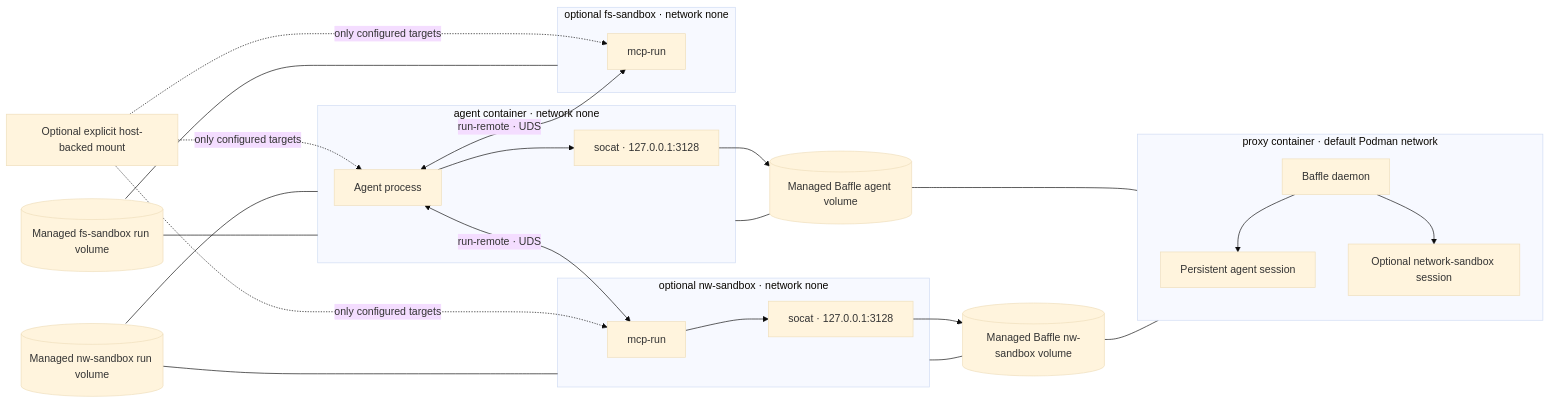
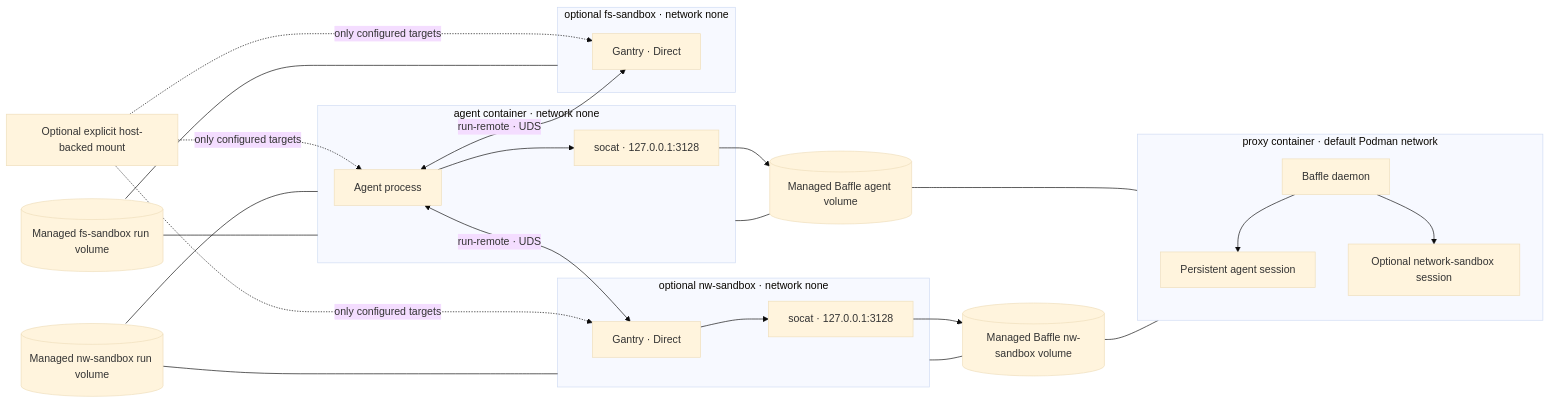
The diagram in docs/features/current-runtime-summary.md (dstoc/cladding), drawn with Mermaid (base theme) before and after one commit. The commit also changed other lines of this file and 38 other files, not shown here.

````diff
--- a/docs/features/current-runtime-summary.md
+++ b/docs/features/current-runtime-summary.md
@@ -18,47 +18,47 @@
 ```mermaid
 flowchart LR
   subgraph Proxy["proxy container · default Podman network"]
     Baffle[Baffle daemon]
     AgentSession[Persistent agent session]
     NetworkSession[Optional network-sandbox session]
     Baffle --> AgentSession
     Baffle --> NetworkSession
   end
 
   subgraph Agent["agent container · network none"]
     AgentProcess[Agent process]
     AgentProxy["socat · 127.0.0.1:3128"]
   end
 
   subgraph Network["optional nw-sandbox · network none"]
-    NetworkMcp[mcp-run]
+    NetworkGantry[Gantry · Direct]
     NetworkProxy["socat · 127.0.0.1:3128"]
   end
 
   subgraph Filesystem["optional fs-sandbox · network none"]
-    FilesystemMcp[mcp-run]
+    FilesystemGantry[Gantry · Direct]
   end
 
   AgentBaffleVolume[(Managed Baffle agent volume)]
   NetworkBaffleVolume[(Managed Baffle nw-sandbox volume)]
   NetworkRunVolume[(Managed nw-sandbox run volume)]
   FilesystemRunVolume[(Managed fs-sandbox run volume)]
   HostWorkspace["Optional explicit host-backed mount"]
 
   AgentBaffleVolume --- Proxy
   AgentBaffleVolume --- Agent
   NetworkBaffleVolume --- Proxy
   NetworkBaffleVolume --- Network
   NetworkRunVolume --- Agent
   NetworkRunVolume --- Network
   FilesystemRunVolume --- Agent
   FilesystemRunVolume --- Filesystem
 
   AgentProcess --> AgentProxy --> AgentBaffleVolume
-  NetworkMcp --> NetworkProxy --> NetworkBaffleVolume
-  AgentProcess <-->|"run-remote · UDS"| NetworkMcp
-  AgentProcess <-->|"run-remote · UDS"| FilesystemMcp
+  NetworkGantry --> NetworkProxy --> NetworkBaffleVolume
+  AgentProcess <-->|"run-remote · UDS"| NetworkGantry
+  AgentProcess <-->|"run-remote · UDS"| FilesystemGantry
   HostWorkspace -. "only configured targets" .-> AgentProcess
-  HostWorkspace -. "only configured targets" .-> NetworkMcp
-  HostWorkspace -. "only configured targets" .-> FilesystemMcp
+  HostWorkspace -. "only configured targets" .-> NetworkGantry
+  HostWorkspace -. "only configured targets" .-> FilesystemGantry
 ```
````
